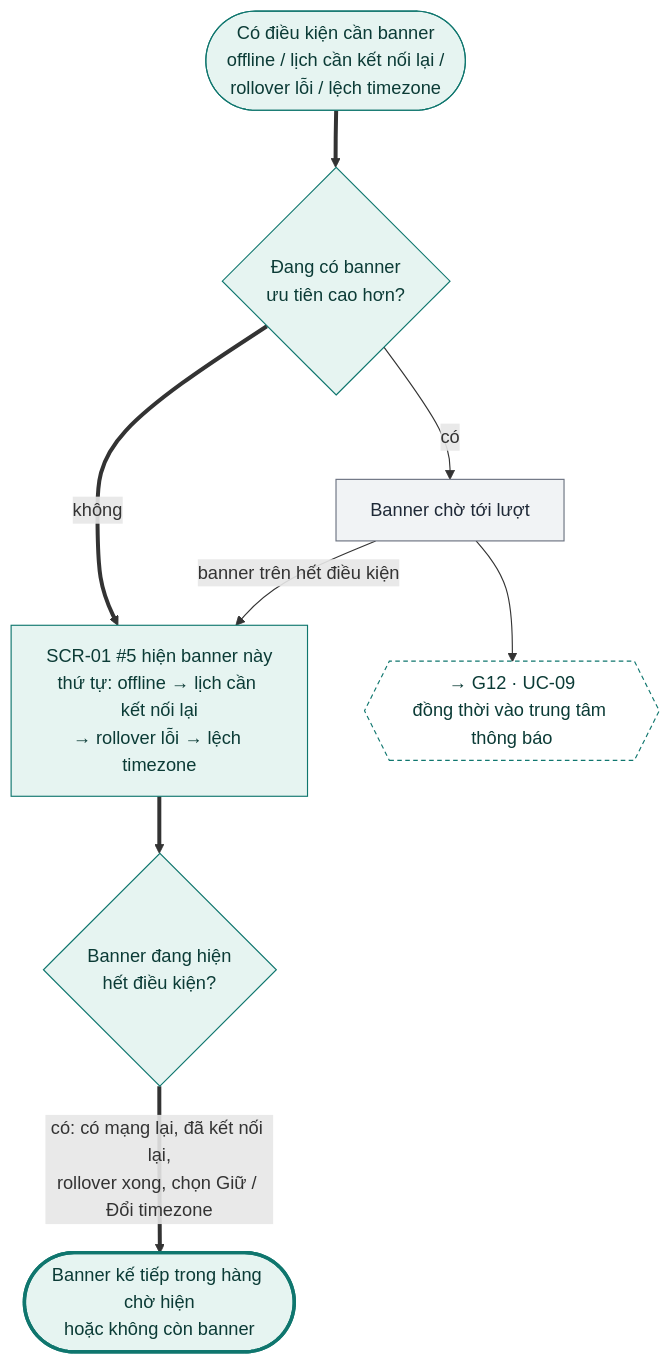
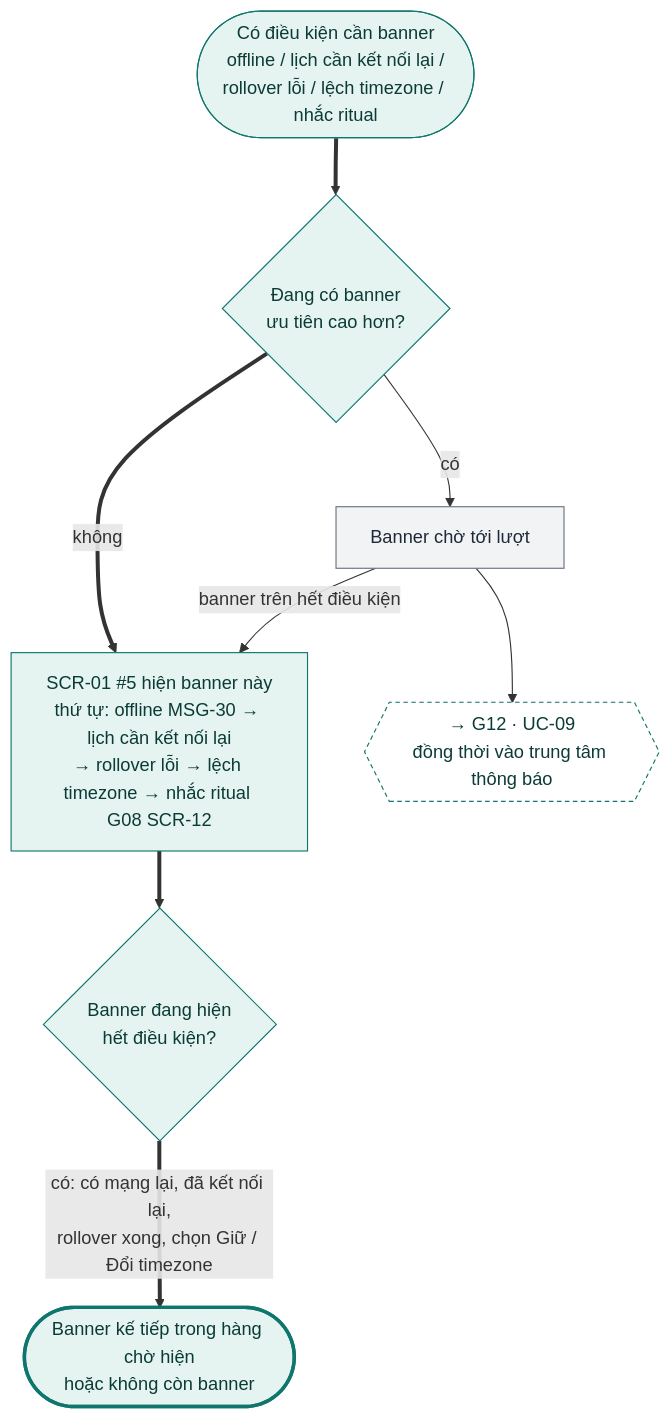
The fourth of 20 diagrams in docs/design-brief/flow/g04-board-ngay.md (tannguyenho/personal-app), drawn with Mermaid before and after one commit. The commit also changed other lines of this file and 6 other files, not shown here.

First line of the commit message:
docs(G02, G04): áp quyết định PO 09/11 vào SRS, PRD, flow; IA trỏ mã mới

````diff
--- a/docs/design-brief/flow/g04-board-ngay.md
+++ b/docs/design-brief/flow/g04-board-ngay.md
@@ -150,30 +152,30 @@
 ```mermaid
 flowchart TD
-  start(["Có điều kiện cần banner<br/>offline / lịch cần kết nối lại /<br/>rollover lỗi / lệch timezone"])
+  start(["Có điều kiện cần banner<br/>offline / lịch cần kết nối lại /<br/>rollover lỗi / lệch timezone / nhắc ritual"])
   d1{"Đang có banner<br/>ưu tiên cao hơn?"}
-  s1["SCR-01 #5 hiện banner này<br/>thứ tự: offline → lịch cần kết nối lại<br/>→ rollover lỗi → lệch timezone"]
+  s1["SCR-01 #5 hiện banner này<br/>thứ tự: offline MSG-30 → lịch cần kết nối lại<br/>→ rollover lỗi → lệch timezone → nhắc ritual G08 SCR-12"]
   q1["Banner chờ tới lượt"]
   n1{{"→ G12 · UC-09<br/>đồng thời vào trung tâm thông báo"}}
   d2{"Banner đang hiện<br/>hết điều kiện?"}
   ok(["Banner kế tiếp trong hàng chờ hiện<br/>hoặc không còn banner"])
 
   start ==> d1
   d1 ==>|"không"| s1 ==> d2
   d1 -->|"có"| q1 --> n1
   q1 -->|"banner trên hết điều kiện"| s1
   d2 ==>|"có: có mạng lại, đã kết nối lại,<br/>rollover xong, chọn Giữ / Đổi timezone"| ok
 
   class start,d1,s1,d2 happy
   class q1 alt
   class n1 link
   class ok done
   classDef happy fill:#E6F4F1,stroke:#0F766E,color:#0B3B36
   classDef alt fill:#F1F3F5,stroke:#6B7280,color:#1F2937
   classDef err fill:#FDECEC,stroke:#B42318,color:#5C1010
   classDef warn fill:#FEF4E2,stroke:#B45309,color:#4A2604
   classDef ai fill:#F1ECFD,stroke:#6D28D9,color:#2E1065
   classDef sync fill:#FFFFFF,stroke:#6B7280,stroke-dasharray:4 3,color:#1F2937
   classDef link fill:#FFFFFF,stroke:#0F766E,stroke-dasharray:4 3,color:#0B3B36
   classDef done fill:#E6F4F1,stroke:#0F766E,stroke-width:3px,color:#0B3B36
   classDef fail fill:#FDECEC,stroke:#B42318,stroke-width:3px,color:#5C1010
 ```
````
